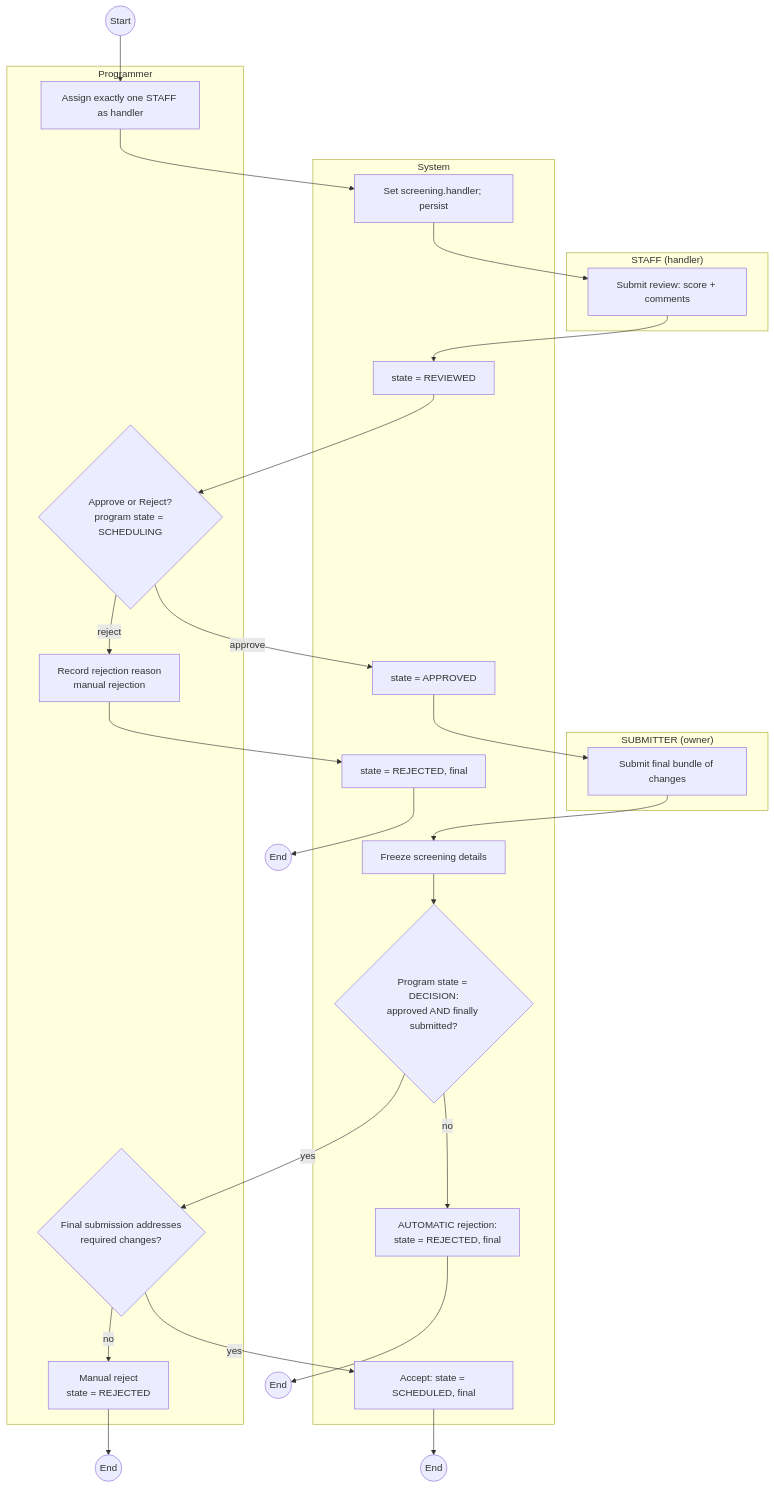
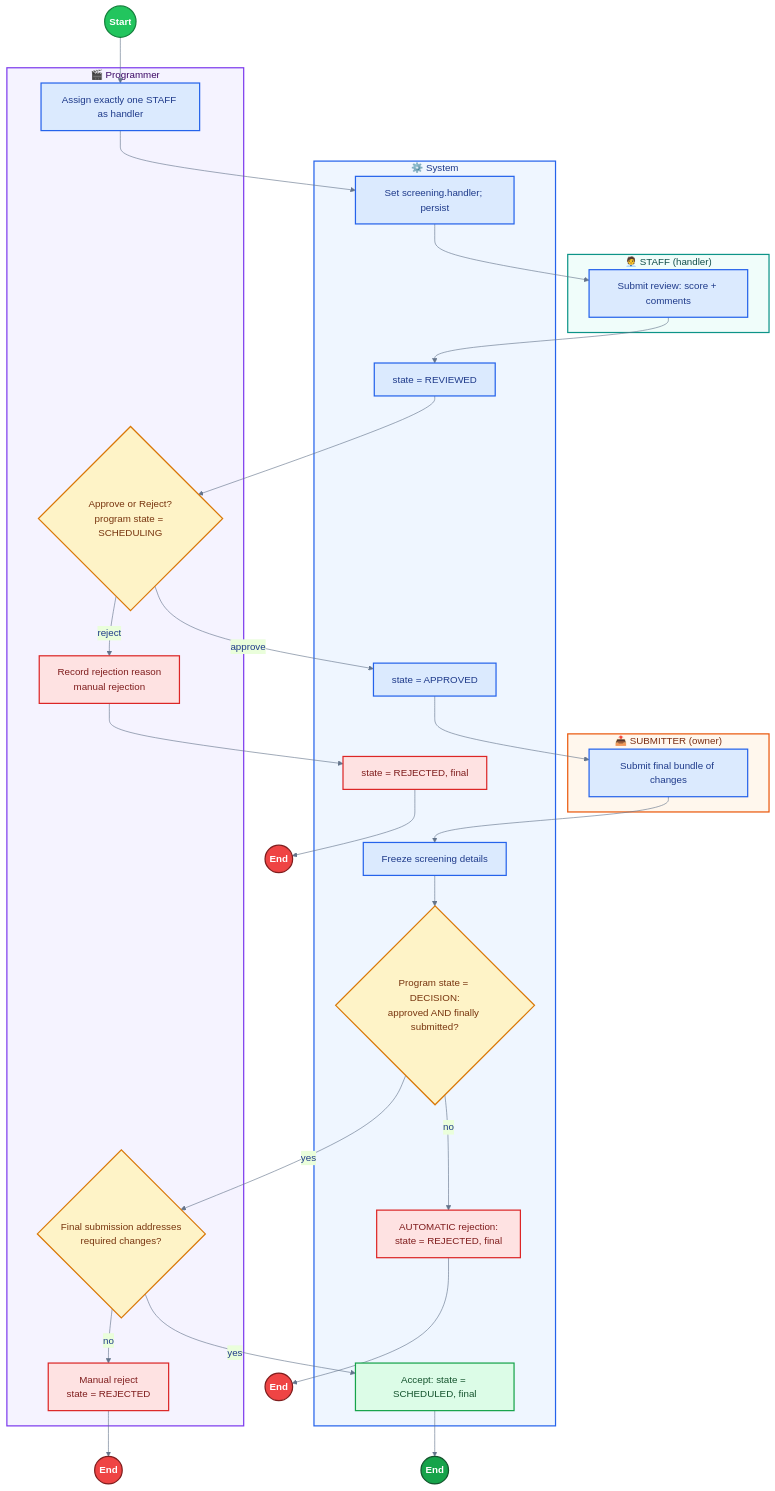
One commit to Volanakis/SoftwareEngineering101 changed the diagram in diagrams/08-activity-screening-review-decision.md. Above: the diagram before and after it, drawn with Mermaid.

Commit message:
Enhance activity diagram with improved subgraph labels and styling for better visual clarity

````diff
--- a/diagrams/08-activity-screening-review-decision.md
+++ b/diagrams/08-activity-screening-review-decision.md
@@ -5,34 +5,55 @@
 ```mermaid
+%%{init: {'theme':'base', 'themeVariables': {'fontFamily':'Segoe UI, sans-serif', 'primaryColor':'#dbeafe', 'primaryBorderColor':'#2563eb', 'primaryTextColor':'#1e3a8a', 'lineColor':'#64748b'}}}%%
 flowchart TD
-    subgraph Programmer
+    subgraph Programmer["🎬 Programmer"]
         A1[Assign exactly one STAFF as handler]
         D1{Approve or Reject?<br/>program state = SCHEDULING}
         A4[Record rejection reason<br/>manual rejection]
         D3{Final submission addresses<br/>required changes?}
         A8[Manual reject<br/>state = REJECTED]
     end
-    subgraph Staff["STAFF (handler)"]
+    subgraph Staff["🧑‍💼 STAFF (handler)"]
         A2[Submit review: score + comments]
     end
-    subgraph Submitter["SUBMITTER (owner)"]
+    subgraph Submitter["📤 SUBMITTER (owner)"]
         A6[Submit final bundle of changes]
     end
-    subgraph System
+    subgraph System["⚙️ System"]
         S1[Set screening.handler; persist]
         S2[state = REVIEWED]
         S3[state = APPROVED]
         S4[state = REJECTED, final]
         S5[Freeze screening details]
         D2{Program state = DECISION:<br/>approved AND finally submitted?}
         S6[AUTOMATIC rejection:<br/>state = REJECTED, final]
         S7[Accept: state = SCHEDULED, final]
     end
 
     Start((Start)) --> A1 --> S1 --> A2 --> S2 --> D1
     D1 -->|"reject"| A4 --> S4 --> End1((End))
     D1 -->|"approve"| S3 --> A6 --> S5 --> D2
     D2 -->|"no"| S6 --> End2((End))
     D2 -->|"yes"| D3
     D3 -->|"no"| A8 --> End3((End))
     D3 -->|"yes"| S7 --> End4((End))
+
+    classDef startNode fill:#22c55e,stroke:#15803d,stroke-width:2px,color:#ffffff,font-weight:bold
+    classDef successEnd fill:#16a34a,stroke:#14532d,stroke-width:2px,color:#ffffff,font-weight:bold
+    classDef errorEnd fill:#ef4444,stroke:#7f1d1d,stroke-width:2px,color:#ffffff,font-weight:bold
+    classDef action fill:#dbeafe,stroke:#2563eb,stroke-width:2px,color:#1e3a8a
+    classDef decision fill:#fef3c7,stroke:#d97706,stroke-width:2px,color:#78350f
+    classDef errorAction fill:#fee2e2,stroke:#dc2626,stroke-width:2px,color:#7f1d1d
+    classDef successAction fill:#dcfce7,stroke:#16a34a,stroke-width:2px,color:#14532d
+    style Programmer fill:#f5f3ff,stroke:#7c3aed,stroke-width:2px,color:#3b0764
+    style Staff fill:#f0fdfa,stroke:#0d9488,stroke-width:2px,color:#134e4a
+    style Submitter fill:#fff7ed,stroke:#ea580c,stroke-width:2px,color:#7c2d12
+    style System fill:#eff6ff,stroke:#2563eb,stroke-width:2px,color:#1e3a8a
+
+    class Start startNode
+    class End4 successEnd
+    class End1,End2,End3 errorEnd
+    class D1,D2,D3 decision
+    class A1,A2,A6,S1,S2,S3,S5 action
+    class A4,A8,S4,S6 errorAction
+    class S7 successAction
 ```
````
